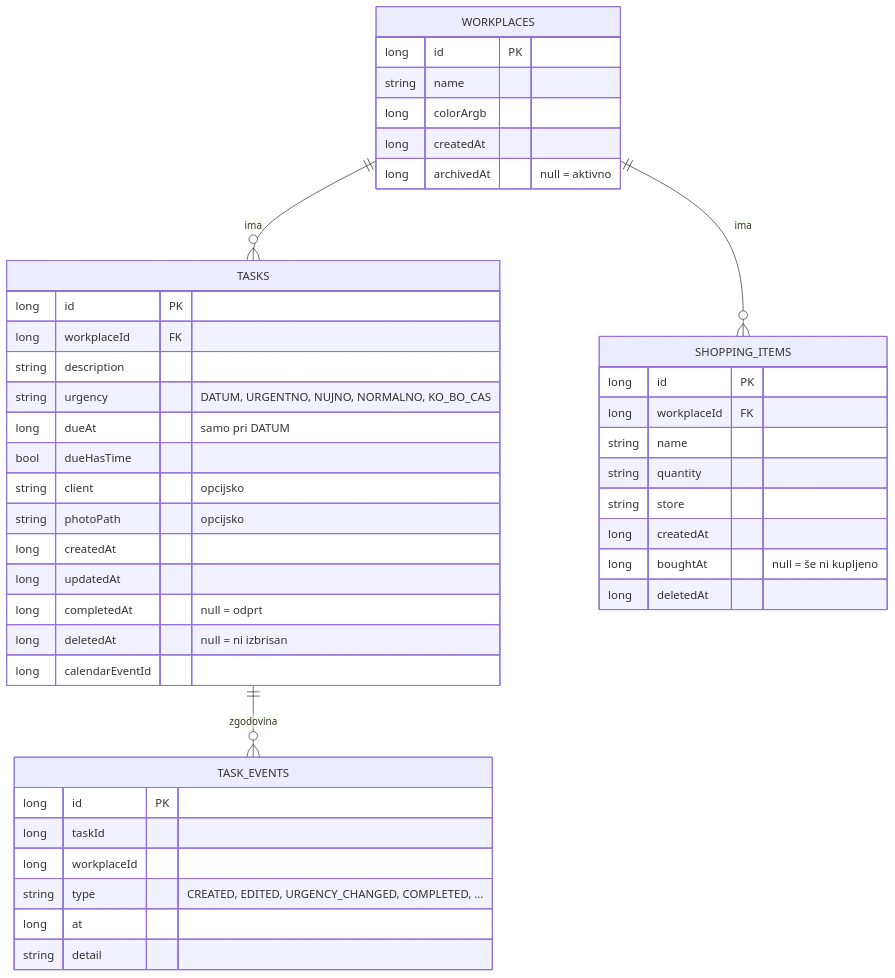
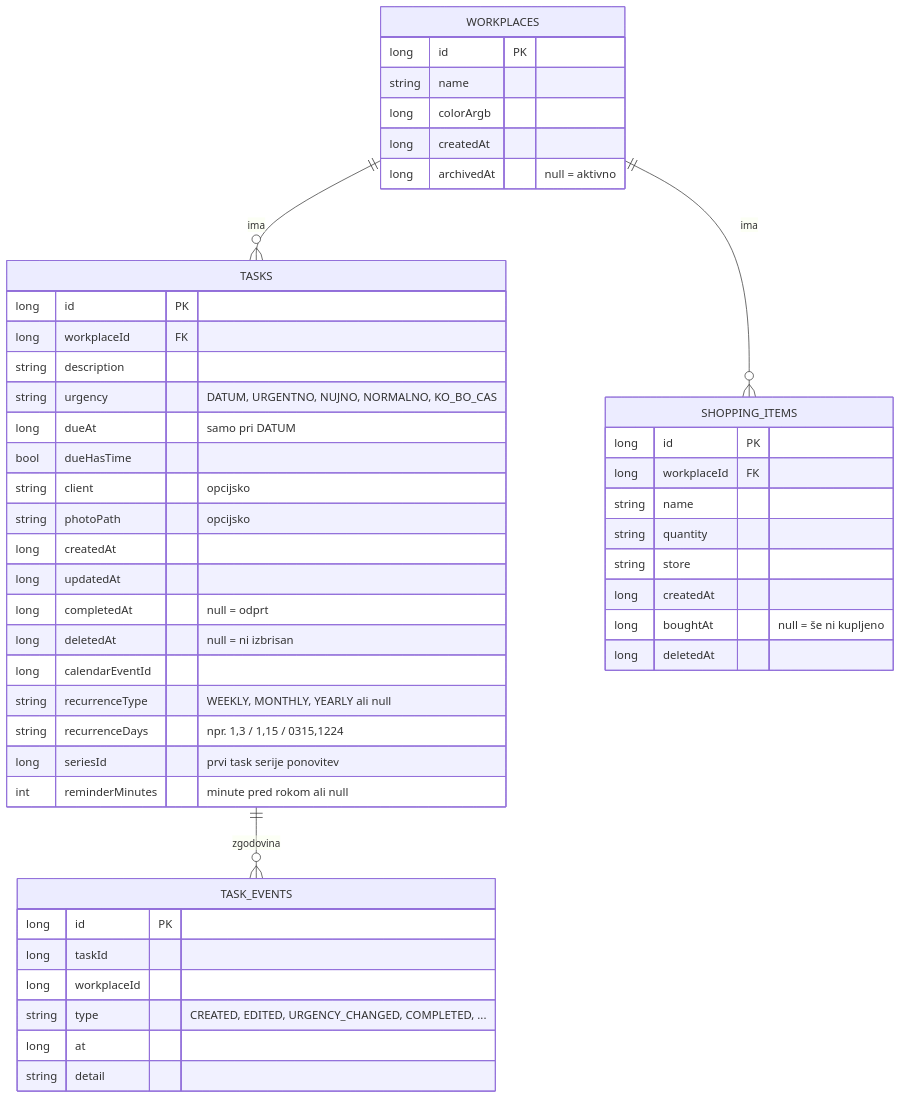
Before and after one commit to Kosovircek/WorkManagmentApp: the second of 5 diagrams in docs/ARHITEKTURA.md, drawn with Mermaid. The commit also changed other lines of this file and 24 other files, not shown here.

````diff
--- a/docs/ARHITEKTURA.md
+++ b/docs/ARHITEKTURA.md
@@ -80,47 +80,51 @@
 ```mermaid
 erDiagram
     WORKPLACES ||--o{ TASKS : "ima"
     WORKPLACES ||--o{ SHOPPING_ITEMS : "ima"
     TASKS ||--o{ TASK_EVENTS : "zgodovina"
 
     WORKPLACES {
         long id PK
         string name
         long colorArgb
         long createdAt
         long archivedAt "null = aktivno"
     }
     TASKS {
         long id PK
         long workplaceId FK
         string description
         string urgency "DATUM, URGENTNO, NUJNO, NORMALNO, KO_BO_CAS"
         long dueAt "samo pri DATUM"
         bool dueHasTime
         string client "opcijsko"
         string photoPath "opcijsko"
         long createdAt
         long updatedAt
         long completedAt "null = odprt"
         long deletedAt "null = ni izbrisan"
         long calendarEventId
+        string recurrenceType "WEEKLY, MONTHLY, YEARLY ali null"
+        string recurrenceDays "npr. 1,3 / 1,15 / 0315,1224"
+        long seriesId "prvi task serije ponovitev"
+        int reminderMinutes "minute pred rokom ali null"
     }
     TASK_EVENTS {
         long id PK
         long taskId
         long workplaceId
         string type "CREATED, EDITED, URGENCY_CHANGED, COMPLETED, ..."
         long at
         string detail
     }
     SHOPPING_ITEMS {
         long id PK
         long workplaceId FK
         string name
         string quantity
         string store
         long createdAt
         long boughtAt "null = še ni kupljeno"
         long deletedAt
     }
 ```
````
